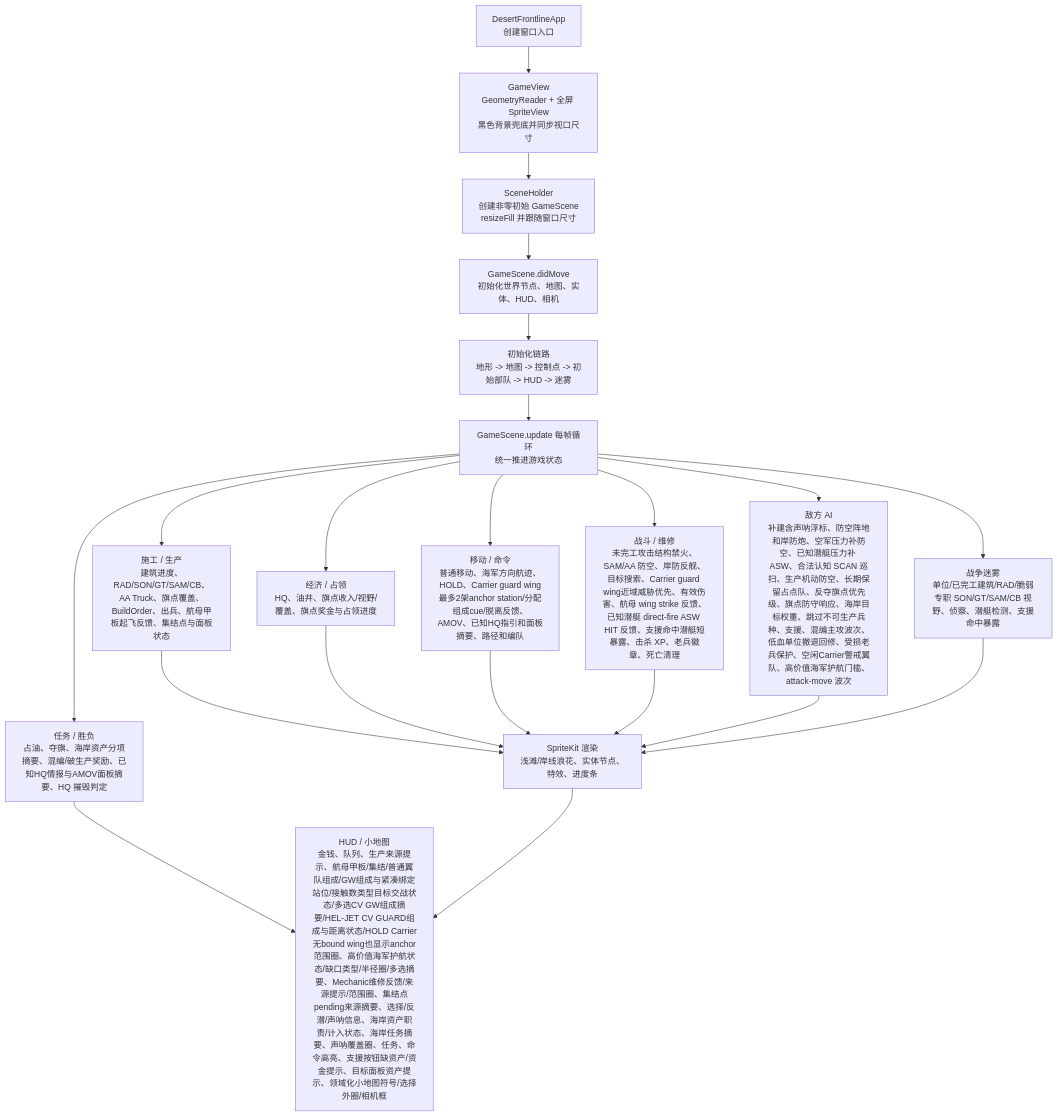
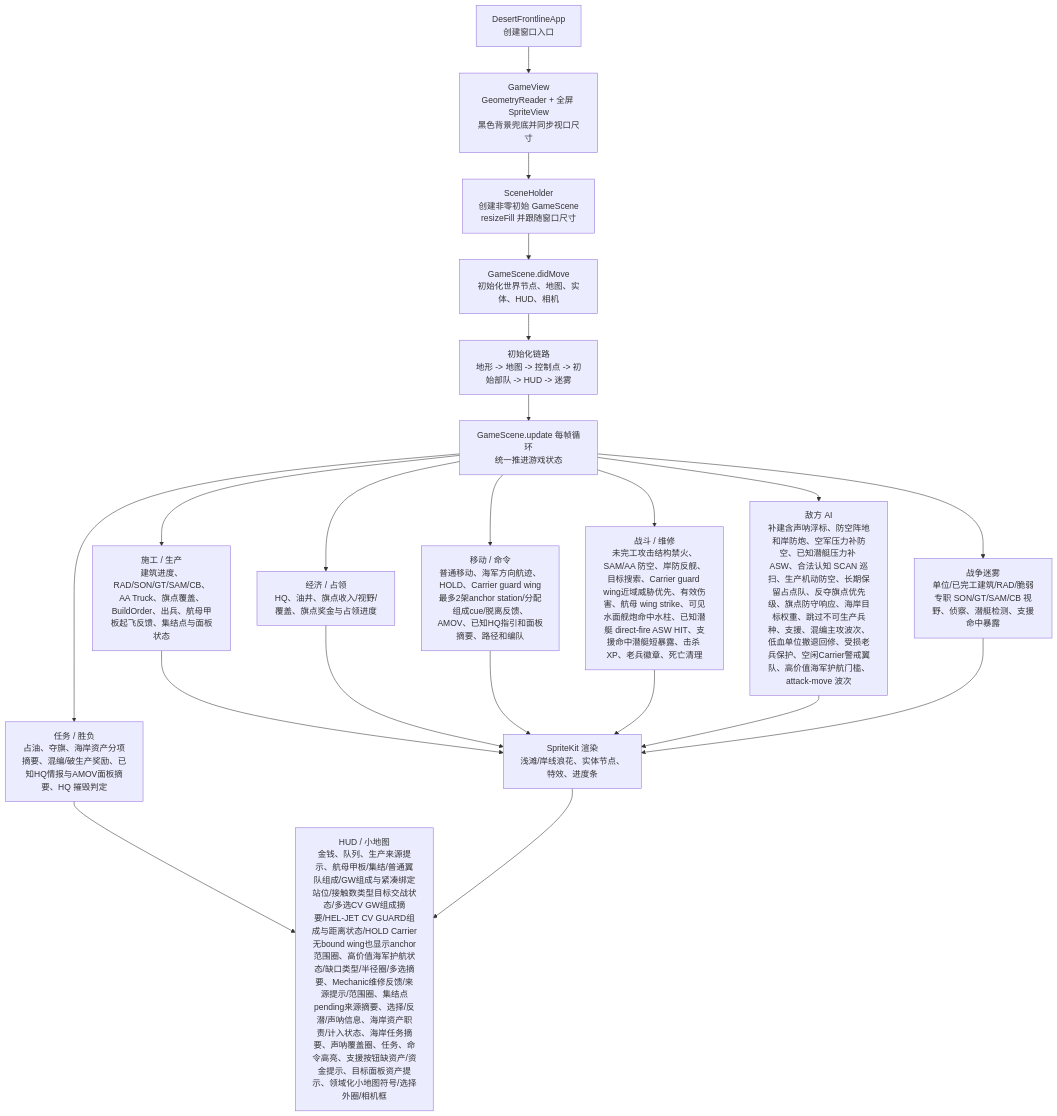
Before and after one commit to Altman-sam114/1145: the first of 3 diagrams in md/flow/flowchart.md, drawn with Mermaid. The commit also changed 5 other files, not shown here.

````diff
--- a/md/flow/flowchart.md
+++ b/md/flow/flowchart.md
@@ -9,23 +9,23 @@
 ```mermaid
 flowchart TD
   App["DesertFrontlineApp\n创建窗口入口"] --> View["GameView\nGeometryReader + 全屏 SpriteView\n黑色背景兜底并同步视口尺寸"]
   View --> Holder["SceneHolder\n创建非零初始 GameScene\nresizeFill 并跟随窗口尺寸"]
   Holder --> Scene["GameScene.didMove\n初始化世界节点、地图、实体、HUD、相机"]
   Scene --> Init["初始化链路\n地形 -> 地图 -> 控制点 -> 初始部队 -> HUD -> 迷雾"]
   Init --> Loop["GameScene.update 每帧循环\n统一推进游戏状态"]
   Loop --> Build["施工 / 生产\n建筑进度、RAD/SON/GT/SAM/CB、AA Truck、旗点覆盖、BuildOrder、出兵、航母甲板起飞反馈、集结点与面板状态"]
   Loop --> Economy["经济 / 占领\nHQ、油井、旗点收入/视野/覆盖、旗点奖金与占领进度"]
   Loop --> Commands["移动 / 命令\n普通移动、海军方向航迹、HOLD、Carrier guard wing最多2架anchor station/分配组成cue/脱离反馈、AMOV、已知HQ指引和面板摘要、路径和编队"]
-  Loop --> Combat["战斗 / 维修\n未完工攻击结构禁火、SAM/AA 防空、岸防反舰、目标搜索、Carrier guard wing近域威胁优先、有效伤害、航母 wing strike 反馈、已知潜艇 direct-fire ASW HIT 反馈、支援命中潜艇短暴露、击杀 XP、老兵徽章、死亡清理"]
+  Loop --> Combat["战斗 / 维修\n未完工攻击结构禁火、SAM/AA 防空、岸防反舰、目标搜索、Carrier guard wing近域威胁优先、有效伤害、航母 wing strike、可见水面舰炮命中水柱、已知潜艇 direct-fire ASW HIT、支援命中潜艇短暴露、击杀 XP、老兵徽章、死亡清理"]
   Loop --> AI["敌方 AI\n补建含声呐浮标、防空阵地和岸防炮、空军压力补防空、已知潜艇压力补 ASW、合法认知 SCAN 巡扫、生产机动防空、长期保留占点队、反夺旗点优先级、旗点防守响应、海岸目标权重、跳过不可生产兵种、支援、混编主攻波次、低血单位撤退回修、受损老兵保护、空闲Carrier警戒翼队、高价值海军护航门槛、attack-move 波次"]
   Loop --> Fog["战争迷雾\n单位/已完工建筑/RAD/脆弱专职 SON/GT/SAM/CB 视野、侦察、潜艇检测、支援命中暴露"]
   Loop --> Mission["任务 / 胜负\n占油、夺旗、海岸资产分项摘要、混编/破生产奖励、已知HQ情报与AMOV面板摘要、HQ 摧毁判定"]
   Build --> Render["SpriteKit 渲染\n浅滩/岸线浪花、实体节点、特效、进度条"]
   Economy --> Render
   Commands --> Render
   Combat --> Render
   AI --> Render
   Fog --> Render
   Mission --> HUD["HUD / 小地图\n金钱、队列、生产来源提示、航母甲板/集结/普通翼队组成/GW组成与紧凑绑定站位/接触数类型目标交战状态/多选CV GW组成摘要/HEL-JET CV GUARD组成与距离状态/HOLD Carrier无bound wing也显示anchor范围圈、高价值海军护航状态/缺口类型/半径圈/多选摘要、Mechanic维修反馈/来源提示/范围圈、集结点pending来源摘要、选择/反潜/声呐信息、海岸资产职责/计入状态、海岸任务摘要、声呐覆盖圈、任务、命令高亮、支援按钮缺资产/资金提示、目标面板资产提示、领域化小地图符号/选择外圈/相机框"]
   Render --> HUD
 ```
````
